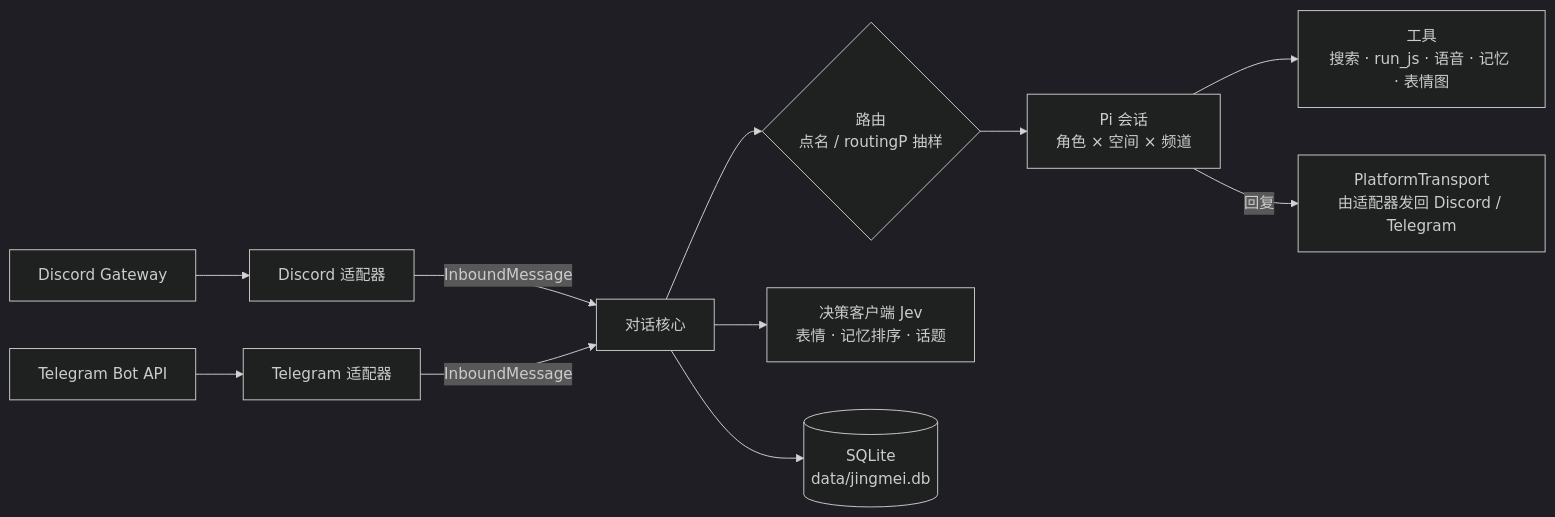
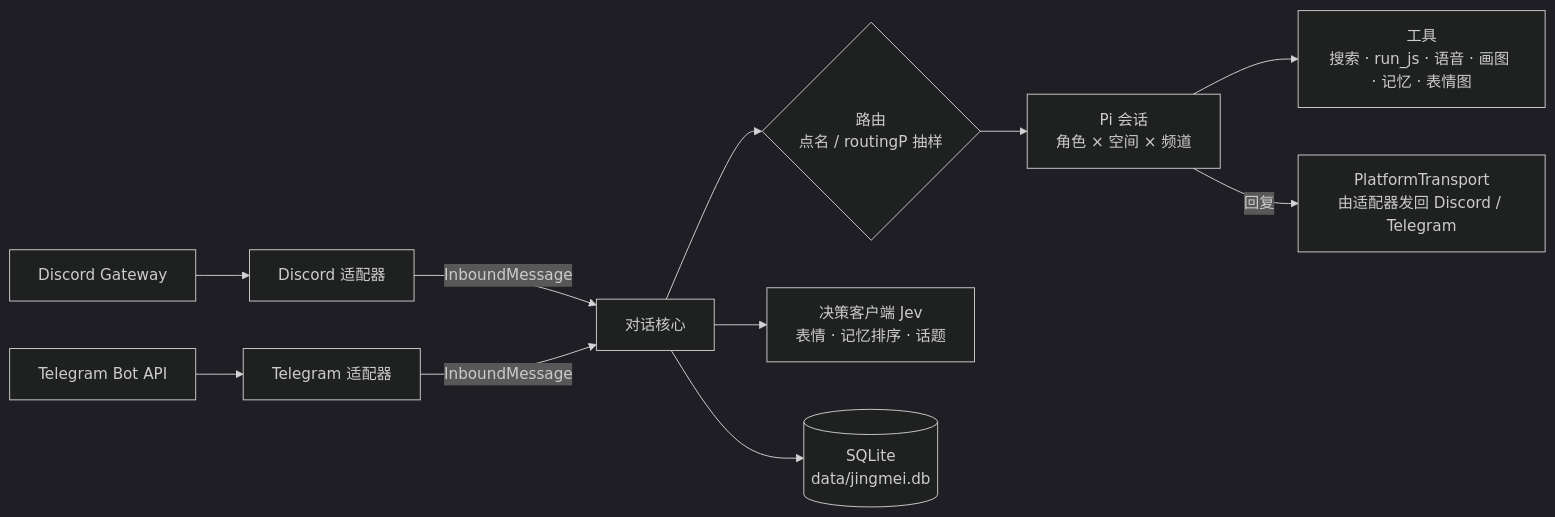
Before and after one commit to beiwater/jingmei: the diagram in README.md, drawn with Mermaid (dark theme). The commit also changed other lines of this file and 24 other files, not shown here.

````diff
--- a/README.md
+++ b/README.md
@@ -47,13 +48,13 @@
 ```mermaid
 flowchart LR
   DG[Discord Gateway] --> DA[Discord 适配器]
   TG[Telegram Bot API] --> TA[Telegram 适配器]
   DA -- InboundMessage --> C[对话核心]
   TA -- InboundMessage --> C
   C --> R{路由<br/>点名 / routingP 抽样}
   R --> S[Pi 会话<br/>角色 × 空间 × 频道]
-  S --> T[工具<br/>搜索 · run_js · 语音 · 记忆 · 表情图]
+  S --> T[工具<br/>搜索 · run_js · 语音 · 画图 · 记忆 · 表情图]
   C --> J[决策客户端 Jev<br/>表情 · 记忆排序 · 话题]
   C --> DB[(SQLite<br/>data/jingmei.db)]
   S -- 回复 --> PT[PlatformTransport<br/>由适配器发回 Discord / Telegram]
 ```
````
